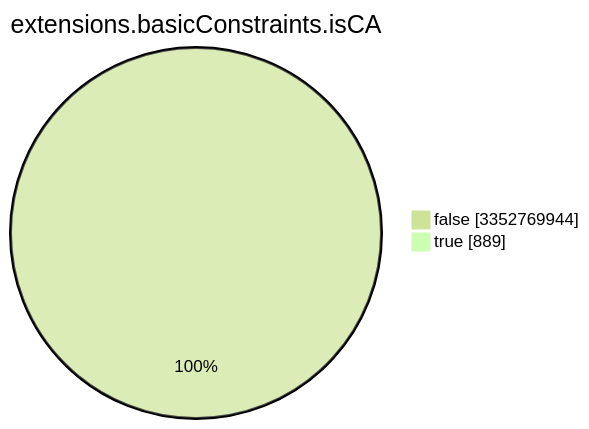
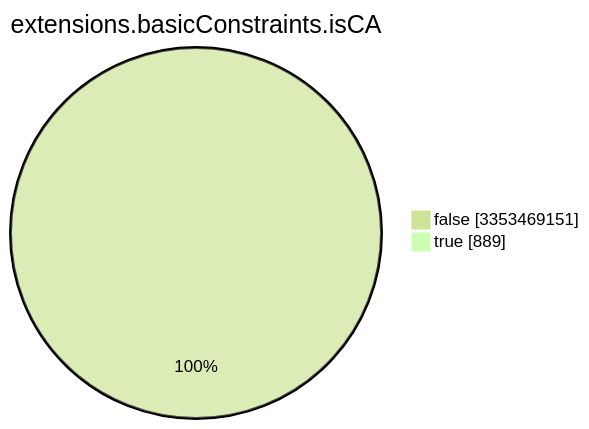
Before and after one commit to christiankrug/ctmonitor_visualization: the seventh of 15 diagrams in TOTAL/README.md, drawn with Mermaid (forest theme). The commit also changed other lines of this file, not shown here.

````diff
--- a/TOTAL/README.md
+++ b/TOTAL/README.md
@@ -3089,6 +3089,6 @@
 ```mermaid
 pie showData
 title extensions.basicConstraints.isCA
-"false" :3352769944
+"false" :3353469151
 "true" :889
 ```
````
